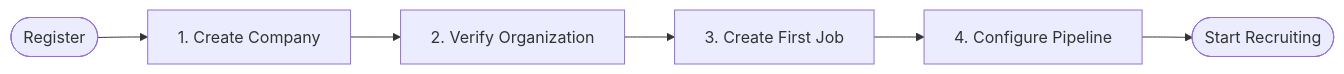
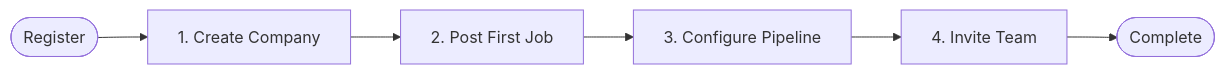
Before and after one commit to KRISHNAGARG2116/smartonboard: the first of 2 diagrams in docs/reports/ONBOARDING_FLOW_REPORT.md, drawn with Mermaid. The commit also changed other lines of this file and 29 other files, not shown here.

````diff
--- a/docs/reports/ONBOARDING_FLOW_REPORT.md
+++ b/docs/reports/ONBOARDING_FLOW_REPORT.md
@@ -18,8 +18,8 @@
 ```mermaid
 graph LR
     Start([Register]) --> Company[1. Create Company]
-    Company --> Verify[2. Verify Organization]
-    Verify --> Job[3. Create First Job]
-    Job --> Pipeline[4. Configure Pipeline]
-    Pipeline --> Ready([Start Recruiting])
+    Company --> Job[2. Post First Job]
+    Job --> Pipeline[3. Configure Pipeline]
+    Pipeline --> Invite[4. Invite Team]
+    Invite --> Ready([Complete])
 ```
````
